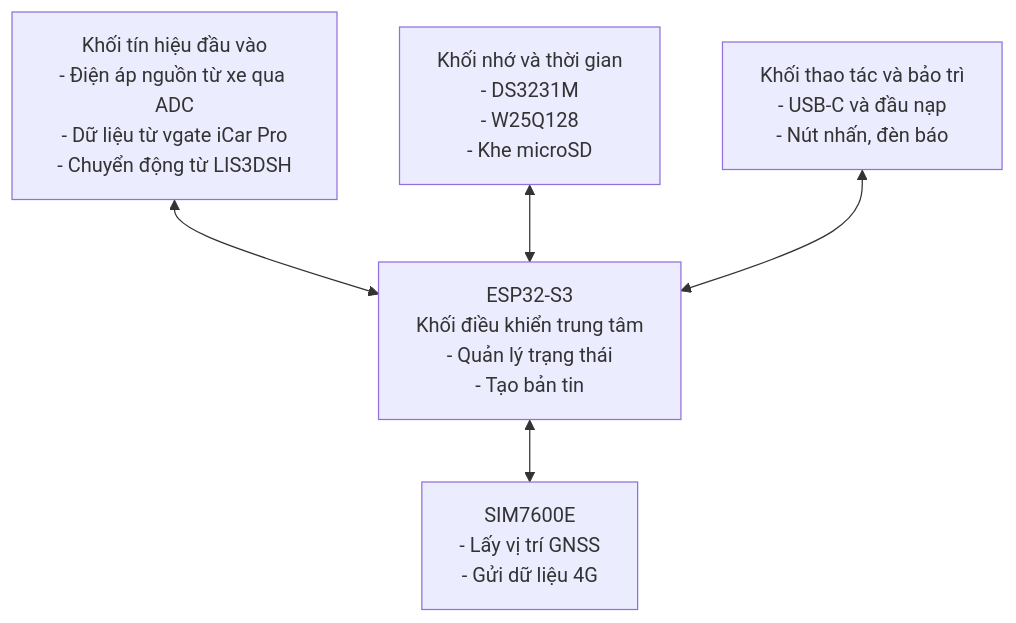
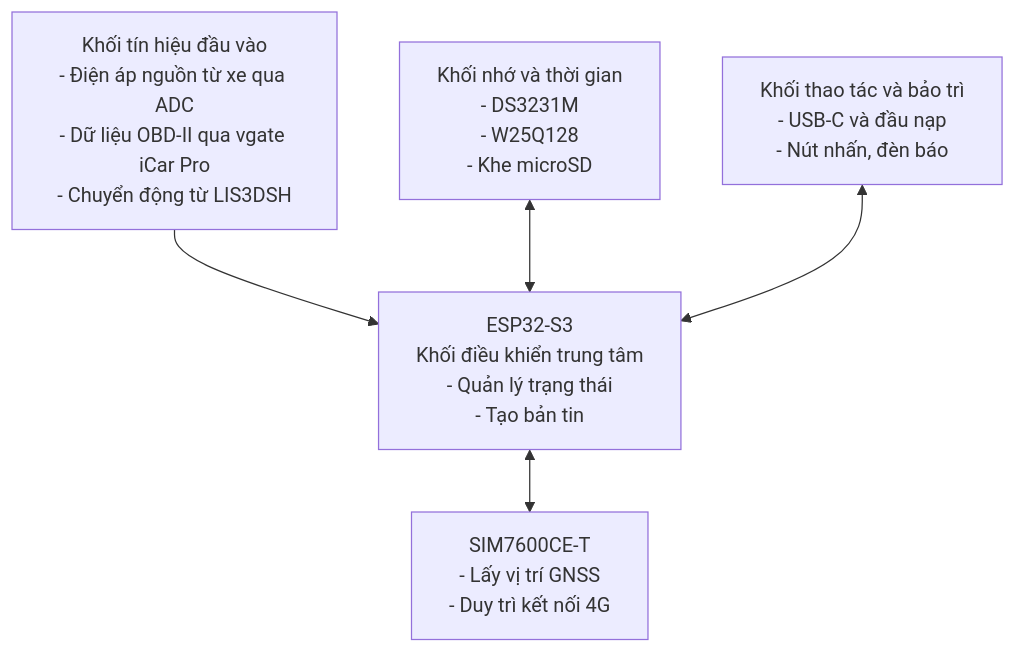
Before and after one commit to anmh1205/IoT_Vehicle_Tracking_System: the diagram in resources/reports/thesis/final/assets/uml/07-chuong-4-trien-khai-hardware-hinh-4-12.mmd, drawn with Mermaid. The commit also changed 88 other files, not shown here.

```diff
--- a/resources/reports/thesis/final/assets/uml/07-chuong-4-trien-khai-hardware-hinh-4-12.mmd
+++ b/resources/reports/thesis/final/assets/uml/07-chuong-4-trien-khai-hardware-hinh-4-12.mmd
@@ -1,11 +1,11 @@
 flowchart TB
-    Input["Khối tín hiệu đầu vào<br/>- Điện áp nguồn từ xe qua ADC<br/>- Dữ liệu từ vgate iCar Pro<br/>- Chuyển động từ LIS3DSH"]
+    Input["Khối tín hiệu đầu vào<br/>- Điện áp nguồn từ xe qua ADC<br/>- Dữ liệu OBD-II qua vgate iCar Pro<br/>- Chuyển động từ LIS3DSH"]
     Storage["Khối nhớ và thời gian<br/>- DS3231M<br/>- W25Q128<br/>- Khe microSD"]
     Service["Khối thao tác và bảo trì<br/>- USB-C và đầu nạp<br/>- Nút nhấn, đèn báo"]
     MCU["ESP32-S3<br/>Khối điều khiển trung tâm<br/>- Quản lý trạng thái<br/>- Tạo bản tin"]
-    Modem["SIM7600E<br/>- Lấy vị trí GNSS<br/>- Gửi dữ liệu 4G"]
+    Modem["SIM7600CE-T<br/>- Lấy vị trí GNSS<br/>- Duy trì kết nối 4G"]
 
-    Input <--> MCU
+    Input --> MCU
     Storage <--> MCU
     Service <--> MCU
     MCU <--> Modem
```
